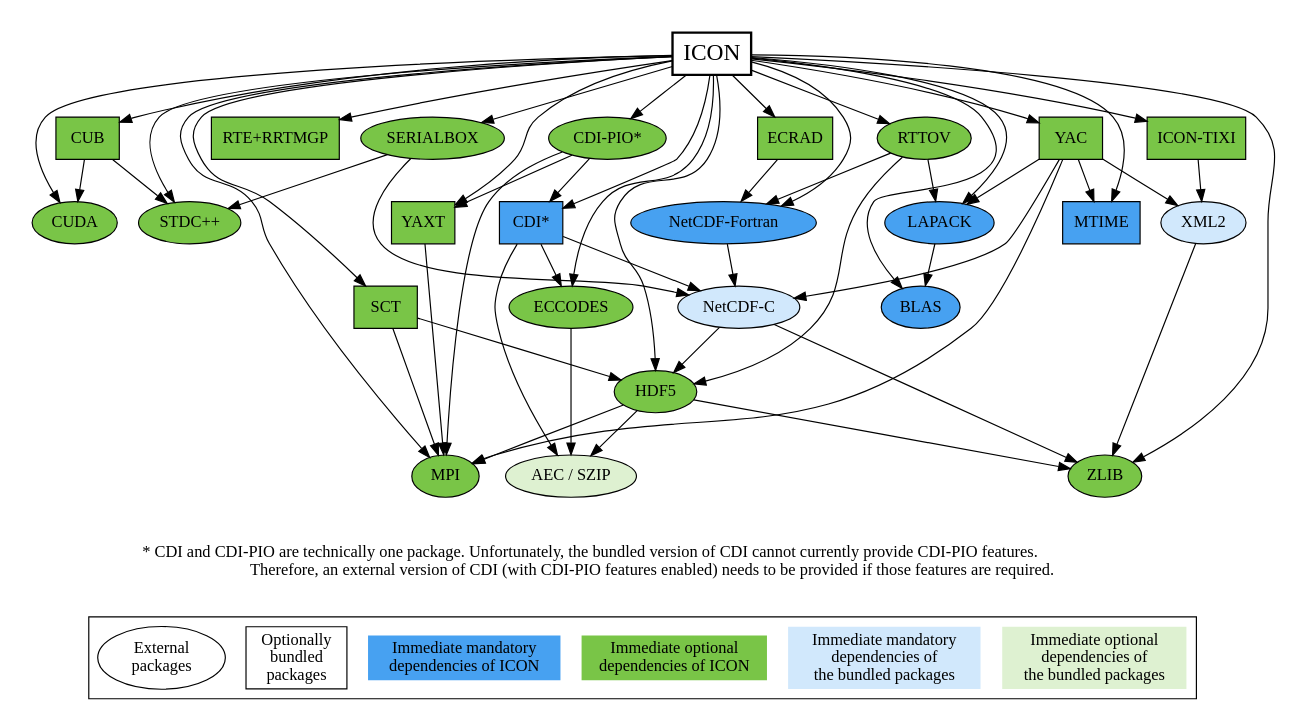
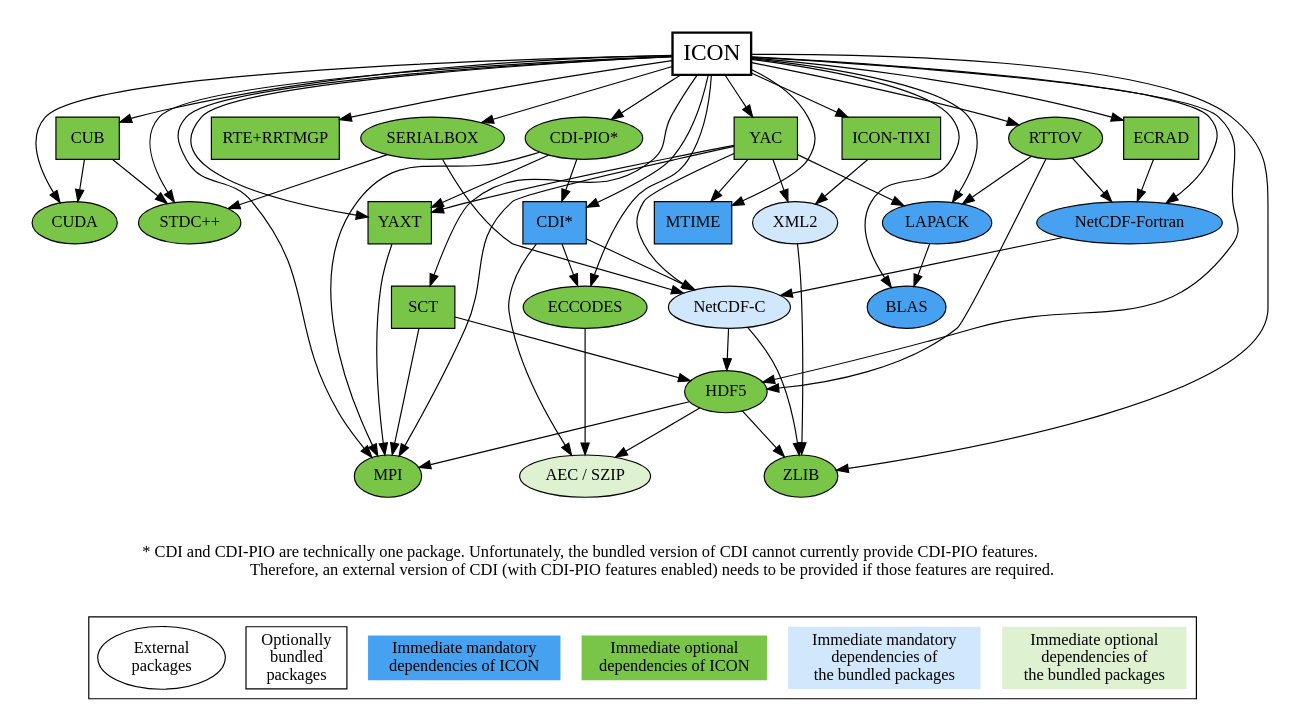
The diagram in doc/config/icon-config-doc-depgraph.dot (muszyna25/ppe_icon_model), drawn with Graphviz before and after one commit. The commit also changed 49 other files, not shown here.

Commit message:
Integrate YAC2 and needed YAXT into ICON

```diff
--- a/doc/config/icon-config-doc-depgraph.dot
+++ b/doc/config/icon-config-doc-depgraph.dot
@@ -1,102 +1,102 @@
 digraph ICON {
 
 	node [style=filled; shape=oval; fontname="italic"; fillcolor="#79C547"];
 
 	subgraph clusterMain {
 
 		graph [peripheries=0];
 
 		"ICON" [shape=box; fillcolor=white; fontsize=20; penwidth=2.0];
 		"ICON" -> {"STDC++"; "CUDA"; "CUB"; "MPI"; "NetCDF-Fortran"; "RTE+RRTMGP";
 			       "ECRAD"; "RTTOV"; "SCT"; "YAXT"; "CDI*"; "CDI-PIO*"; "SERIALBOX";
 			       "MTIME"; "BLAS"; "LAPACK"; "YAC"; "ICON-TIXI";
 			       "ECCODES"; "HDF5"; "ZLIB"};
 
 		"STDC++";
 
 		"CUDA";
 
 		"CUB" [shape=box];
 		"CUB" -> {"CUDA"; "STDC++"};
 
 		"MPI";
 
 		"NetCDF-Fortran" [shape=oval; fillcolor="#47A1F1"]
 		"NetCDF-Fortran" -> {"NetCDF-C"};
 
 		"RTE+RRTMGP" [shape=box];
 
 		"ECRAD" [shape=box];
 		"ECRAD" -> {"NetCDF-Fortran"};
 
 		"RTTOV";
 		"RTTOV" -> {"NetCDF-Fortran"; "LAPACK"; "HDF5"};
 
 		"SCT" [shape=box];
 		"SCT" -> {"MPI"; "HDF5"};
 
 		"YAXT" [shape=box];
 		"YAXT" -> {"MPI"};
 
 		"CDI*" [shape=box; fillcolor="#47A1F1"];
 		"CDI*" -> {"ECCODES"; "NetCDF-C"; "AEC / SZIP"};
 
 		"CDI-PIO*";
 		"CDI-PIO*" -> {"MPI"; "YAXT"; "CDI*"};
 
 		"SERIALBOX";
 		"SERIALBOX" -> {"STDC++"; "NetCDF-C"};
 
 		"MTIME" [shape=box; fillcolor="#47A1F1"];
 
 		"BLAS" [fillcolor="#47A1F1"];
 
 		"LAPACK" [fillcolor="#47A1F1"];
 		"LAPACK" -> {"BLAS"};
 
 		"YAC" [shape=box];
-		"YAC" -> {"MPI"; "MTIME"; "LAPACK"; "NetCDF-C"; "XML2"};
+		"YAC" -> {"MPI"; "YAXT"; "MTIME"; "LAPACK"; "NetCDF-C"; "XML2"};
 
 		"ICON-TIXI" [shape=box];
 		"ICON-TIXI" -> {"XML2"};
 
 		"ECCODES";
 		"ECCODES" -> {"AEC / SZIP"};
 
 		"HDF5";
 		"HDF5" -> {"MPI"; "ZLIB"; "AEC / SZIP"};
 
 		"ZLIB";
 
 		"NetCDF-C" [fillcolor="#D1E8FC"];
 		"NetCDF-C" -> {"HDF5"; "ZLIB"};
 
 		"AEC / SZIP" [fillcolor="#DEF1D1"];
 		"AEC / SZIP";
 
 		"XML2" [fillcolor="#D1E8FC"];
 		"XML2" -> {"ZLIB"};
 
 		{
 			rank=sink;
 			bottomNode [label="* CDI and CDI-PIO are technically one package. Unfortunately, the bundled version of CDI cannot currently provide CDI-PIO features.\lTherefore, an external version of CDI (with CDI-PIO features enabled) needs to be provided if those features are required."; shape=plaintext; fillcolor=white];
 			# bottomNode [shape=point; style=invis];
 		}
 	}
 
 	subgraph clusterLegend {
 		{
 			rank=same;
 			external -> bundled -> mandatoryIcon -> optionalIcon -> mandatoryBundled -> optionalBundled [style=invis];
 			external [label="External\npackages"; fillcolor=white];
 			bundled [label="Optionally\nbundled\npackages"; shape=box; fillcolor=white];
 			mandatoryIcon [label="Immediate mandatory\ndependencies of ICON"; shape=plaintext; fillcolor="#47A1F1"];
 			optionalIcon [label="Immediate optional\ndependencies of ICON"; shape=plaintext];
 			mandatoryBundled [label="Immediate mandatory\ndependencies of\nthe bundled packages"; shape=plaintext; fillcolor="#D1E8FC"];
 			optionalBundled [label="Immediate optional\ndependencies of\nthe bundled packages"; shape=plaintext; fillcolor="#DEF1D1"];
 		}
 	}
 
 	bottomNode -> optionalIcon:nw [style=invis];
 	# bottomNode -> external:nw [style=invis];
 }
```
